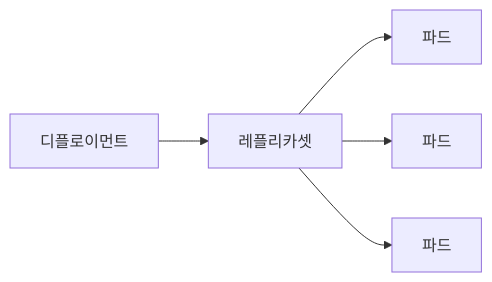
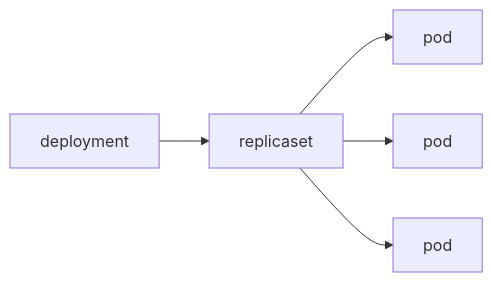
One commit to yeongseon-books/book-content changed the diagram in content/kubernetes-101/ko/03-deployment.md. Above: the diagram before and after it, drawn with Mermaid. The commit also changed other lines of this file and 9 other files, not shown here.

````diff
--- a/content/kubernetes-101/ko/03-deployment.md
+++ b/content/kubernetes-101/ko/03-deployment.md
@@ -51,7 +49,7 @@
 ```mermaid
 flowchart LR
-    Dep["디플로이먼트"] --> RS["레플리카셋"]
-    RS --> P1["파드"]
-    RS --> P2["파드"]
-    RS --> P3["파드"]
+    Dep["deployment"] --> RS["replicaset"]
+    RS --> P1["pod"]
+    RS --> P2["pod"]
+    RS --> P3["pod"]
 ```
````
